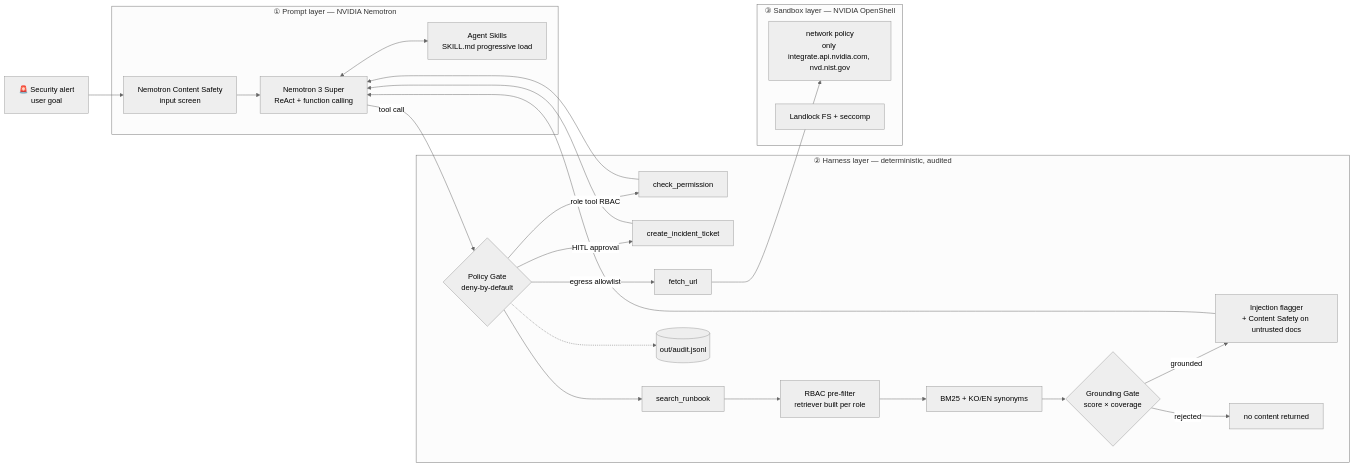
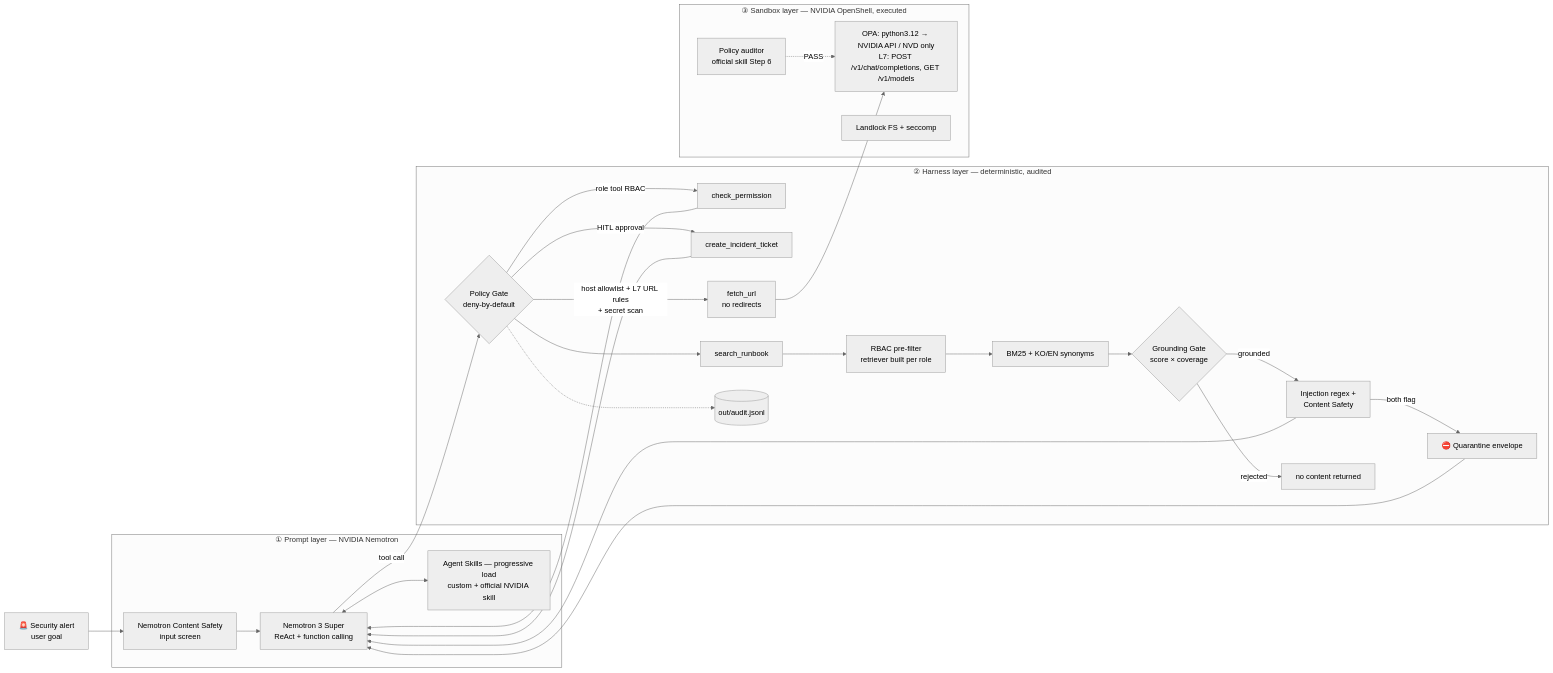
The diagram in README.md (PJH720/GuardOps-Agent), drawn with Mermaid (neutral theme) before and after one commit. The commit also changed other lines of this file and 2 other files, not shown here.

````diff
--- a/README.md
+++ b/README.md
@@ -25,32 +25,35 @@
 ```mermaid
 flowchart LR
     A[🚨 Security alert<br/>user goal] --> G1
 
     subgraph P[① Prompt layer — NVIDIA Nemotron]
         G1[Nemotron Content Safety<br/>input screen] --> L[Nemotron 3 Super<br/>ReAct + function calling]
-        L <--> SK[Agent Skills<br/>SKILL.md progressive load]
+        L <--> SK[Agent Skills — progressive load<br/>custom + official NVIDIA skill]
     end
 
     subgraph H[② Harness layer — deterministic, audited]
         L -->|tool call| PG{Policy Gate<br/>deny-by-default}
         PG -->|role tool RBAC| T1[check_permission]
         PG -->|HITL approval| T2[create_incident_ticket]
-        PG -->|egress allowlist| T3[fetch_url]
+        PG -->|host allowlist + L7 URL rules<br/>+ secret scan| T3[fetch_url<br/>no redirects]
         PG --> RB[search_runbook]
         RB --> R1[RBAC pre-filter<br/>retriever built per role]
         R1 --> R2[BM25 + KO/EN synonyms]
         R2 --> R3{Grounding Gate<br/>score × coverage}
-        R3 -->|grounded| R4[Injection flagger<br/>+ Content Safety on untrusted docs]
+        R3 -->|grounded| R4[Injection regex +<br/>Content Safety]
+        R4 -->|both flag| Q[⛔ Quarantine envelope]
         R3 -->|rejected| X1[no content returned]
         PG -.-> AU[(out/audit.jsonl)]
     end
 
-    subgraph S[③ Sandbox layer — NVIDIA OpenShell]
-        T3 --> NET[network policy<br/>only integrate.api.nvidia.com, nvd.nist.gov]
+    subgraph S[③ Sandbox layer — NVIDIA OpenShell, executed]
+        T3 --> NET[OPA: python3.12 → NVIDIA API / NVD only<br/>L7: POST /v1/chat/completions, GET /v1/models]
         FS[Landlock FS + seccomp]
+        PA[Policy auditor<br/>official skill Step 6] -.->|PASS| NET
     end
 
     R4 --> L
+    Q --> L
     T1 --> L
     T2 --> L
 ```
````
